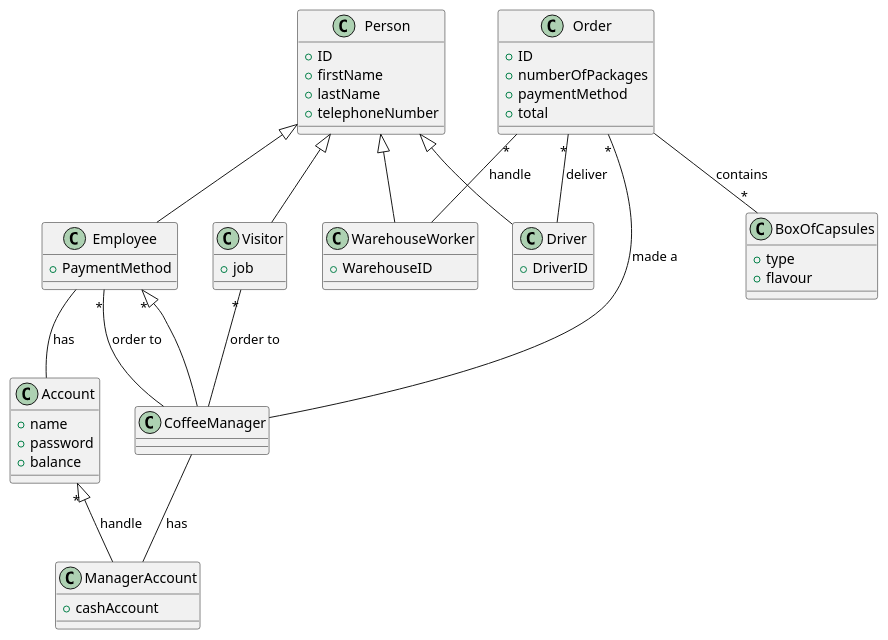
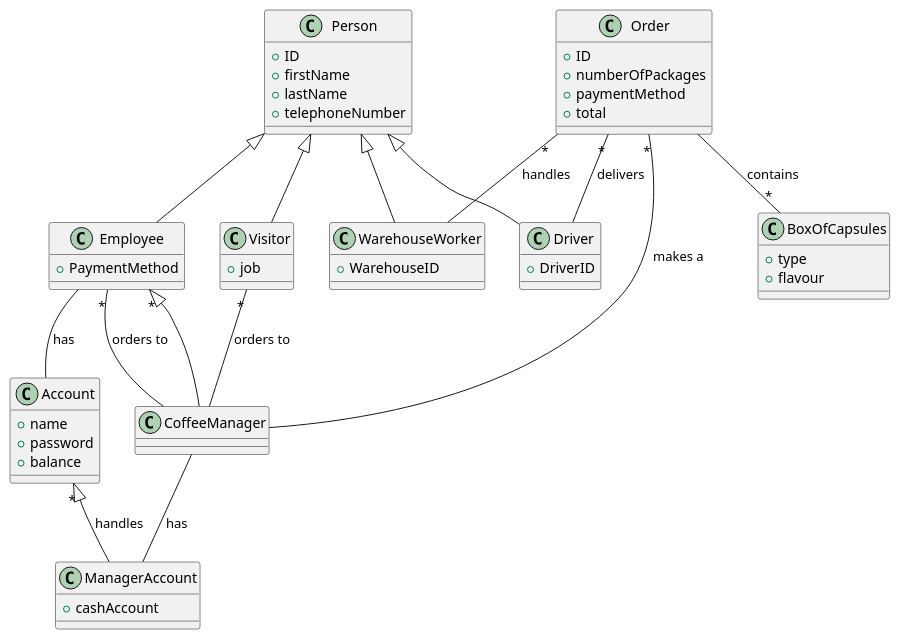
The third of 4 diagrams in templates/RequirementsTemplate.md (salvatore-dimartino/LaTazza), drawn with PlantUML before and after one commit.

````diff
--- a/templates/RequirementsTemplate.md
+++ b/templates/RequirementsTemplate.md
@@ -493,73 +493,73 @@
 ```plantuml
 @startuml
 
 class Person {
     +ID
 	+firstName
 	+lastName
 	+telephoneNumber
 }
 
 class Employee {
     
     +PaymentMethod
 }
 
 class WarehouseWorker{
     +WarehouseID
 }
 
 class Visitor {
 
     +job
 }
 
 class CoffeeManager {
 
 }
 
 class BoxOfCapsules {
 
 	+type
 	+flavour
 }
 
 class Account {
 
 	+name
 	+password
 	+balance
 }
 
 class Order {
 
 	+ID
 	+numberOfPackages
 	+paymentMethod
 	+total
 }
 
 class ManagerAccount {
     +cashAccount
 }
 
 class Driver {
     +DriverID
 }
 
-Order "*" -- WarehouseWorker :handle
-Order "*" -- Driver :deliver
+Order "*" -- WarehouseWorker :handles
+Order "*" -- Driver :delivers
 Person <|-- Employee
 Person <|-- Visitor
 Person <|-- Driver
 Person <|-- WarehouseWorker
-Account "*" <|-- ManagerAccount :handle
+Account "*" <|-- ManagerAccount :handles
 Employee "*" <|-- CoffeeManager
-Employee "*"-- CoffeeManager : order to
-Order "*" -- CoffeeManager : made a
-Visitor "*" -- CoffeeManager : order to
+Employee "*"-- CoffeeManager : orders to
+Order "*" -- CoffeeManager : makes a
+Visitor "*" -- CoffeeManager : orders to
 Order -- "*" BoxOfCapsules : contains
 Employee -- Account : has
 CoffeeManager -- ManagerAccount :has
 @enduml
 ```
````
